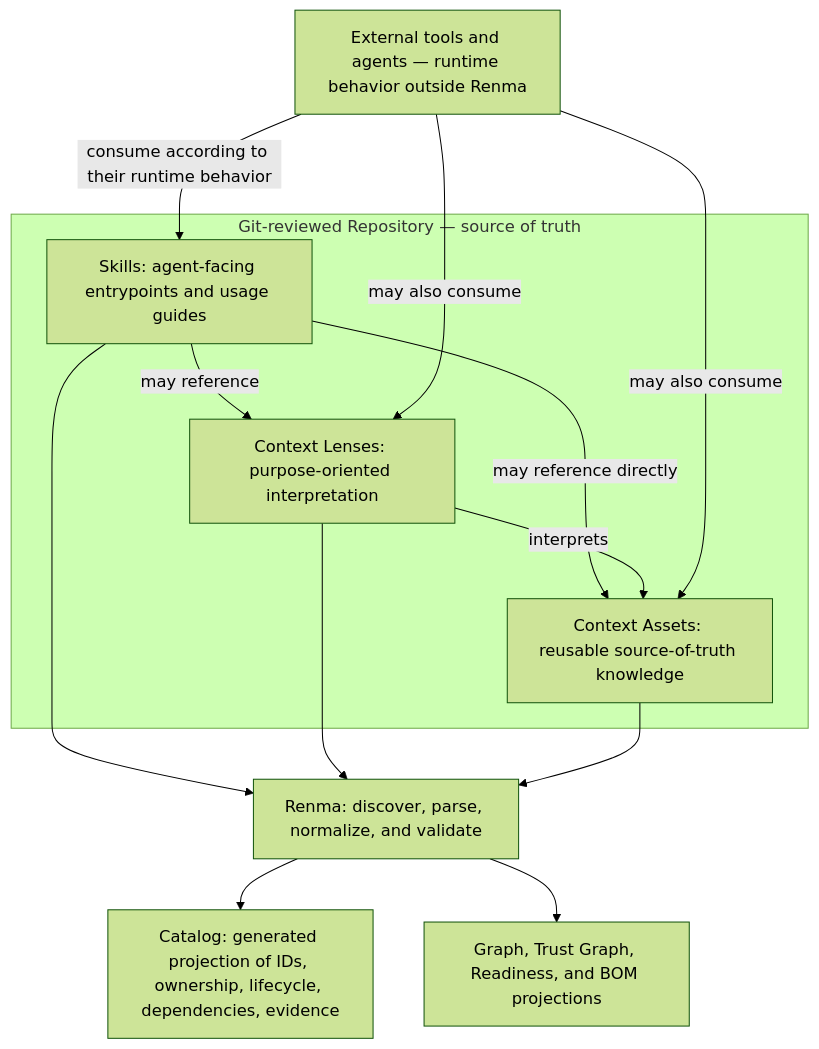
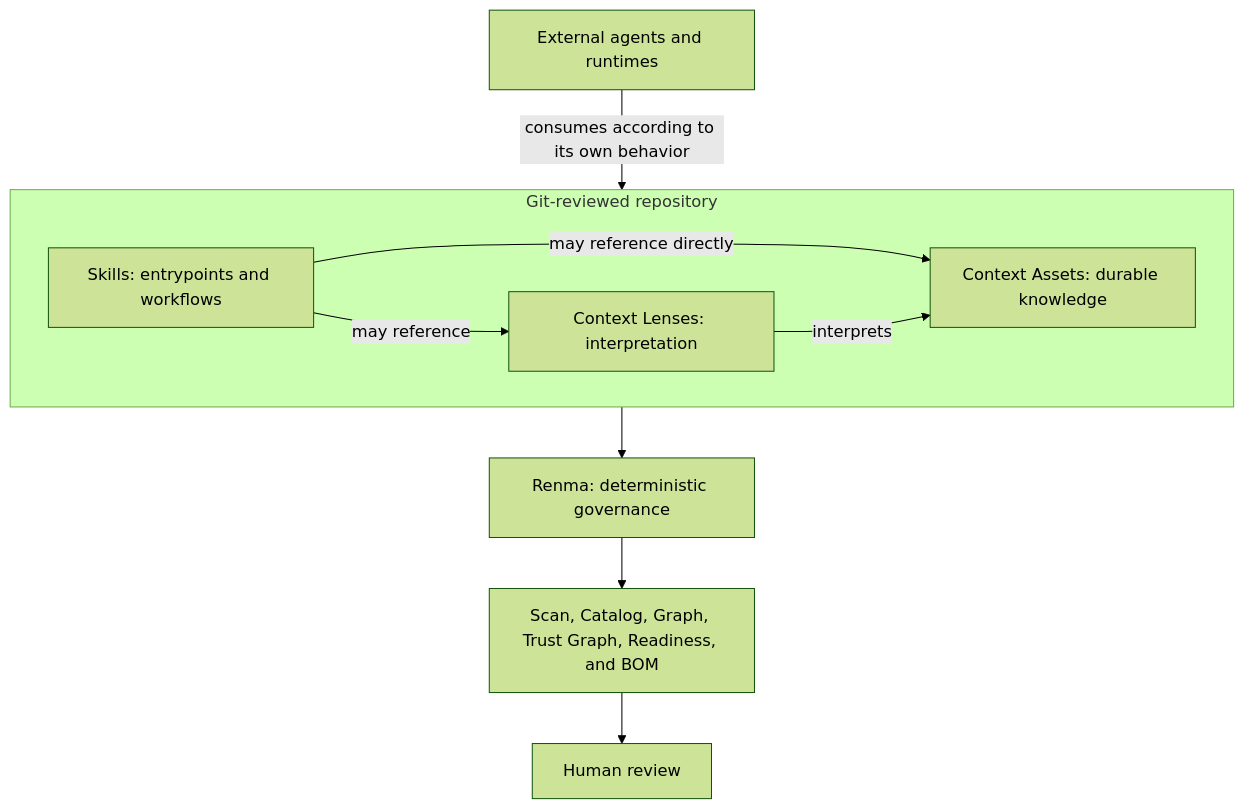
Before and after one commit to KazuCocoa/renma: the diagram in README.md, drawn with Mermaid (forest theme). The commit also changed other lines of this file and 33 other files, not shown here.

````diff
--- a/README.md
+++ b/README.md
@@ -68,23 +73,17 @@
 ```mermaid
 flowchart TD
-  subgraph Repository["Git-reviewed Repository — source of truth"]
-    Skills["Skills: agent-facing entrypoints and usage guides"]
-    Lenses["Context Lenses: purpose-oriented interpretation"]
-    Assets["Context Assets: reusable source-of-truth knowledge"]
+  subgraph Repository["Git-reviewed repository"]
+    Skills["Skills: entrypoints and workflows"]
+    Lenses["Context Lenses: interpretation"]
+    Context["Context Assets: durable knowledge"]
     Skills -->|may reference| Lenses
-    Skills -->|may reference directly| Assets
-    Lenses -->|interprets| Assets
+    Skills -->|may reference directly| Context
+    Lenses -->|interprets| Context
   end
-  Renma["Renma: discover, parse, normalize, and validate"]
-  Catalog["Catalog: generated projection of IDs, ownership, lifecycle, dependencies, evidence"]
-  Views["Graph, Trust Graph, Readiness, and BOM projections"]
-  Consumers["External tools and agents — runtime behavior outside Renma"]
-  Skills --> Renma
-  Lenses --> Renma
-  Assets --> Renma
-  Renma --> Catalog
-  Renma --> Views
-  Consumers -->|consume according to their runtime behavior| Skills
-  Consumers -->|may also consume| Lenses
-  Consumers -->|may also consume| Assets
+  Renma["Renma: deterministic governance"]
+  Reports["Scan, Catalog, Graph, Trust Graph, Readiness, and BOM"]
+  Review["Human review"]
+  Runtime["External agents and runtimes"]
+  Repository --> Renma --> Reports --> Review
+  Runtime -->|consumes according to its own behavior| Repository
 ```
````
